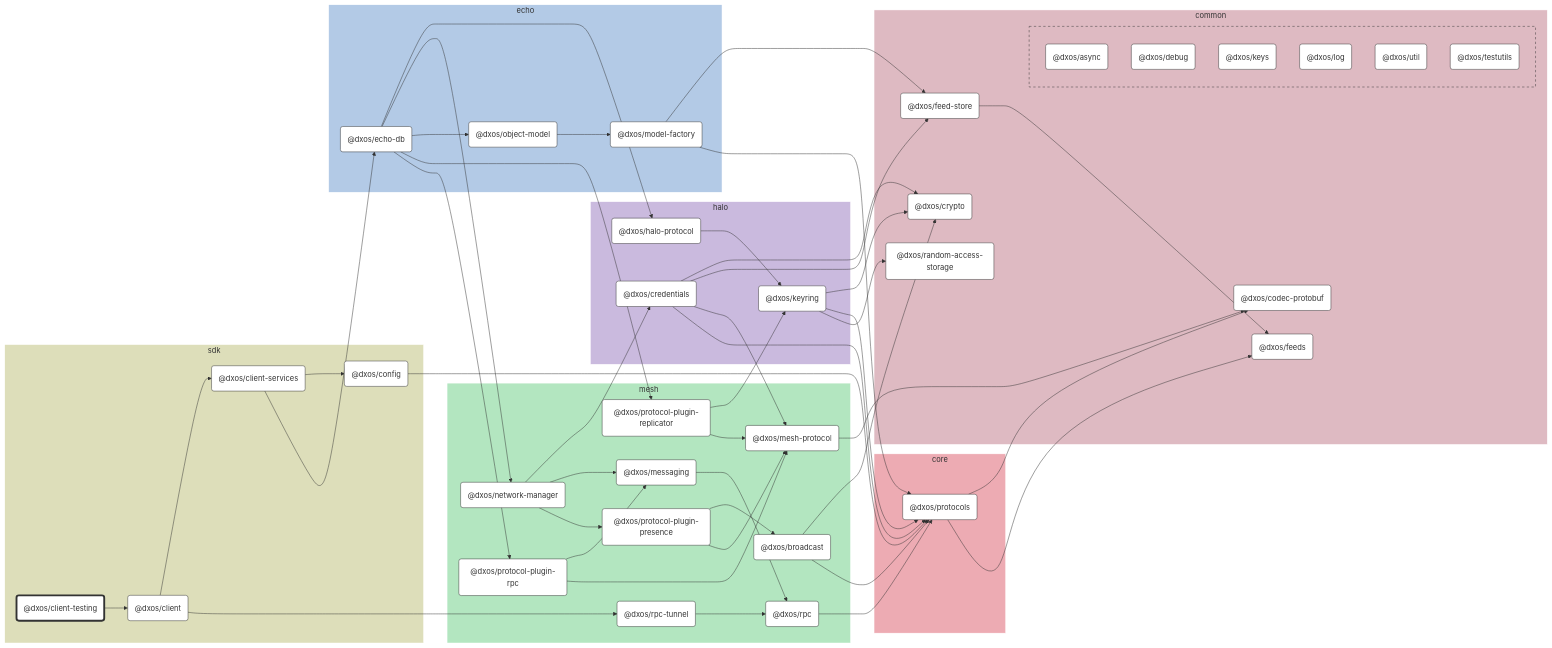
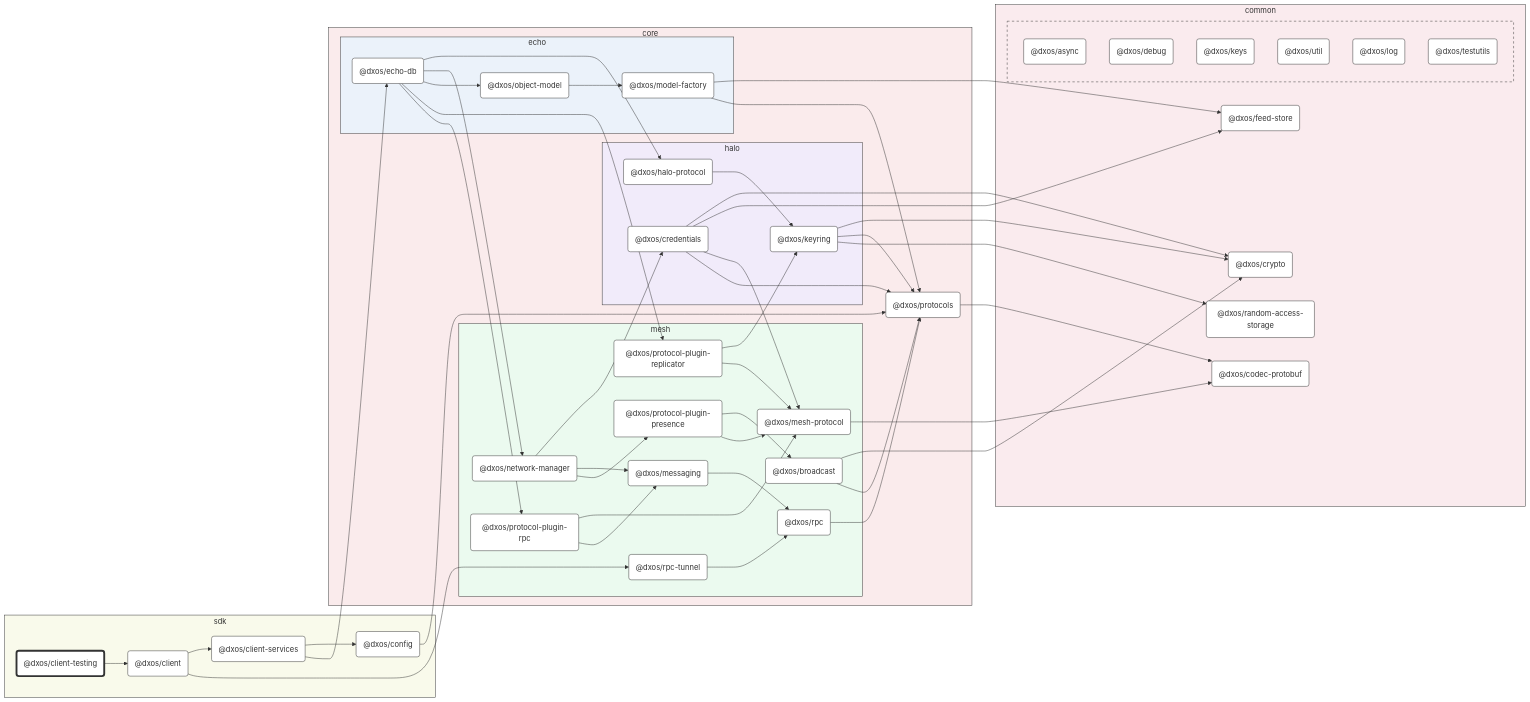
Before and after one commit to dxos/dxos: the diagram in packages/sdk/client-testing/docs/README.md, drawn with Mermaid. The commit also changed other lines of this file and 93 other files, not shown here.

First line of the commit message:
chore: hierarchical graphs. (#1583)

````diff
--- a/packages/sdk/client-testing/docs/README.md
+++ b/packages/sdk/client-testing/docs/README.md
@@ -16,7 +16,7 @@
 %% Nodes
 
 subgraph sdk [sdk]
-  style sdk fill:#dddeba,stroke:#fff
+  style sdk fill:#f9faeb,stroke:#333
   dxos/client-testing("@dxos/client-testing"):::root
   click dxos/client-testing "dxos/dxos/tree/main/packages/sdk/client-testing/docs"
   dxos/client("@dxos/client"):::def
@@ -28,97 +28,93 @@
 end
 
 subgraph common [common]
-  style common fill:#debac2,stroke:#fff
+  style common fill:#faebee,stroke:#333
   dxos/codec-protobuf("@dxos/codec-protobuf"):::def
   click dxos/codec-protobuf "dxos/dxos/tree/main/packages/common/codec-protobuf/docs"
   dxos/crypto("@dxos/crypto"):::def
   click dxos/crypto "dxos/dxos/tree/main/packages/common/crypto/docs"
   dxos/feed-store("@dxos/feed-store"):::def
   click dxos/feed-store "dxos/dxos/tree/main/packages/common/feed-store/docs"
-  dxos/feeds("@dxos/feeds"):::def
-  click dxos/feeds "dxos/dxos/tree/main/packages/common/feeds/docs"
   dxos/random-access-storage("@dxos/random-access-storage"):::def
   click dxos/random-access-storage "dxos/dxos/tree/main/packages/common/random-access-storage/docs"
 
-  subgraph common-excluded [ ]
-    style common-excluded fill:#debac2,stroke:#333,stroke-dasharray:5 5
+  subgraph _ [ ]
+    style _ fill:#faebee,stroke:#333,stroke-dasharray:5 5
     dxos/async("@dxos/async"):::def
     click dxos/async "dxos/dxos/tree/main/packages/common/async/docs"
     dxos/debug("@dxos/debug"):::def
     click dxos/debug "dxos/dxos/tree/main/packages/common/debug/docs"
     dxos/keys("@dxos/keys"):::def
     click dxos/keys "dxos/dxos/tree/main/packages/common/keys/docs"
+    dxos/util("@dxos/util"):::def
+    click dxos/util "dxos/dxos/tree/main/packages/common/util/docs"
     dxos/log("@dxos/log"):::def
     click dxos/log "dxos/dxos/tree/main/packages/common/log/docs"
-    dxos/util("@dxos/util"):::def
-    click dxos/util "dxos/dxos/tree/main/packages/common/util/docs"
     dxos/testutils("@dxos/testutils"):::def
     click dxos/testutils "dxos/dxos/tree/main/packages/common/testutils/docs"
   end
 end
 
-subgraph halo [halo]
-  style halo fill:#cabade,stroke:#fff
-  dxos/credentials("@dxos/credentials"):::def
-  click dxos/credentials "dxos/dxos/tree/main/packages/core/halo/credentials/docs"
-  dxos/halo-protocol("@dxos/halo-protocol"):::def
-  click dxos/halo-protocol "dxos/dxos/tree/main/packages/core/halo/halo-protocol/docs"
-  dxos/keyring("@dxos/keyring"):::def
-  click dxos/keyring "dxos/dxos/tree/main/packages/core/halo/keyring/docs"
-end
-
-subgraph mesh [mesh]
-  style mesh fill:#b3e6c0,stroke:#fff
-  dxos/mesh-protocol("@dxos/mesh-protocol"):::def
-  click dxos/mesh-protocol "dxos/dxos/tree/main/packages/core/mesh/mesh-protocol/docs"
-  dxos/messaging("@dxos/messaging"):::def
-  click dxos/messaging "dxos/dxos/tree/main/packages/core/mesh/messaging/docs"
-  dxos/rpc("@dxos/rpc"):::def
-  click dxos/rpc "dxos/dxos/tree/main/packages/core/mesh/rpc/docs"
-  dxos/network-manager("@dxos/network-manager"):::def
-  click dxos/network-manager "dxos/dxos/tree/main/packages/core/mesh/network-manager/docs"
-  dxos/protocol-plugin-presence("@dxos/protocol-plugin-presence"):::def
-  click dxos/protocol-plugin-presence "dxos/dxos/tree/main/packages/core/mesh/protocol-plugin-presence/docs"
-  dxos/broadcast("@dxos/broadcast"):::def
-  click dxos/broadcast "dxos/dxos/tree/main/packages/core/mesh/broadcast/docs"
-  dxos/protocol-plugin-replicator("@dxos/protocol-plugin-replicator"):::def
-  click dxos/protocol-plugin-replicator "dxos/dxos/tree/main/packages/core/mesh/protocol-plugin-replicator/docs"
-  dxos/protocol-plugin-rpc("@dxos/protocol-plugin-rpc"):::def
-  click dxos/protocol-plugin-rpc "dxos/dxos/tree/main/packages/core/mesh/protocol-plugin-rpc/docs"
-  dxos/rpc-tunnel("@dxos/rpc-tunnel"):::def
-  click dxos/rpc-tunnel "dxos/dxos/tree/main/packages/core/mesh/rpc-tunnel/docs"
-end
-
 subgraph core [core]
-  style core fill:#edabb3,stroke:#fff
+  style core fill:#faebec,stroke:#333
   dxos/protocols("@dxos/protocols"):::def
   click dxos/protocols "dxos/dxos/tree/main/packages/core/protocols/docs"
-end
 
-subgraph echo [echo]
-  style echo fill:#b3cae6,stroke:#fff
-  dxos/echo-db("@dxos/echo-db"):::def
-  click dxos/echo-db "dxos/dxos/tree/main/packages/core/echo/echo-db/docs"
-  dxos/model-factory("@dxos/model-factory"):::def
-  click dxos/model-factory "dxos/dxos/tree/main/packages/core/echo/model-factory/docs"
-  dxos/object-model("@dxos/object-model"):::def
-  click dxos/object-model "dxos/dxos/tree/main/packages/core/echo/object-model/docs"
+  subgraph halo [halo]
+    style halo fill:#f1ebfa,stroke:#333
+    dxos/credentials("@dxos/credentials"):::def
+    click dxos/credentials "dxos/dxos/tree/main/packages/core/halo/credentials/docs"
+    dxos/halo-protocol("@dxos/halo-protocol"):::def
+    click dxos/halo-protocol "dxos/dxos/tree/main/packages/core/halo/halo-protocol/docs"
+    dxos/keyring("@dxos/keyring"):::def
+    click dxos/keyring "dxos/dxos/tree/main/packages/core/halo/keyring/docs"
+  end
+
+  subgraph mesh [mesh]
+    style mesh fill:#ebfaef,stroke:#333
+    dxos/mesh-protocol("@dxos/mesh-protocol"):::def
+    click dxos/mesh-protocol "dxos/dxos/tree/main/packages/core/mesh/mesh-protocol/docs"
+    dxos/messaging("@dxos/messaging"):::def
+    click dxos/messaging "dxos/dxos/tree/main/packages/core/mesh/messaging/docs"
+    dxos/rpc("@dxos/rpc"):::def
+    click dxos/rpc "dxos/dxos/tree/main/packages/core/mesh/rpc/docs"
+    dxos/network-manager("@dxos/network-manager"):::def
+    click dxos/network-manager "dxos/dxos/tree/main/packages/core/mesh/network-manager/docs"
+    dxos/protocol-plugin-presence("@dxos/protocol-plugin-presence"):::def
+    click dxos/protocol-plugin-presence "dxos/dxos/tree/main/packages/core/mesh/protocol-plugin-presence/docs"
+    dxos/broadcast("@dxos/broadcast"):::def
+    click dxos/broadcast "dxos/dxos/tree/main/packages/core/mesh/broadcast/docs"
+    dxos/protocol-plugin-replicator("@dxos/protocol-plugin-replicator"):::def
+    click dxos/protocol-plugin-replicator "dxos/dxos/tree/main/packages/core/mesh/protocol-plugin-replicator/docs"
+    dxos/protocol-plugin-rpc("@dxos/protocol-plugin-rpc"):::def
+    click dxos/protocol-plugin-rpc "dxos/dxos/tree/main/packages/core/mesh/protocol-plugin-rpc/docs"
+    dxos/rpc-tunnel("@dxos/rpc-tunnel"):::def
+    click dxos/rpc-tunnel "dxos/dxos/tree/main/packages/core/mesh/rpc-tunnel/docs"
+  end
+
+  subgraph echo [echo]
+    style echo fill:#ebf2fa,stroke:#333
+    dxos/echo-db("@dxos/echo-db"):::def
+    click dxos/echo-db "dxos/dxos/tree/main/packages/core/echo/echo-db/docs"
+    dxos/model-factory("@dxos/model-factory"):::def
+    click dxos/model-factory "dxos/dxos/tree/main/packages/core/echo/model-factory/docs"
+    dxos/object-model("@dxos/object-model"):::def
+    click dxos/object-model "dxos/dxos/tree/main/packages/core/echo/object-model/docs"
+  end
 end
 
 %% Links
 linkStyle default stroke:#333,stroke-width:1px
 dxos/client-testing --> dxos/client
 dxos/client --> dxos/client-services
+dxos/client-services --> dxos/config
+dxos/config --> dxos/protocols
+dxos/protocols --> dxos/codec-protobuf
 dxos/credentials --> dxos/crypto
 dxos/credentials --> dxos/feed-store
-dxos/feed-store --> dxos/feeds
 dxos/credentials --> dxos/mesh-protocol
 dxos/mesh-protocol --> dxos/codec-protobuf
 dxos/credentials --> dxos/protocols
-dxos/protocols --> dxos/codec-protobuf
-dxos/protocols --> dxos/feeds
-dxos/client-services --> dxos/config
-dxos/config --> dxos/protocols
 dxos/client-services --> dxos/echo-db
 dxos/echo-db --> dxos/halo-protocol
 dxos/halo-protocol --> dxos/keyring
@@ -143,8 +139,8 @@
 dxos/protocol-plugin-replicator --> dxos/keyring
 dxos/protocol-plugin-replicator --> dxos/mesh-protocol
 dxos/echo-db --> dxos/protocol-plugin-rpc
+dxos/protocol-plugin-rpc --> dxos/mesh-protocol
 dxos/protocol-plugin-rpc --> dxos/messaging
-dxos/protocol-plugin-rpc --> dxos/mesh-protocol
 dxos/client --> dxos/rpc-tunnel
 dxos/rpc-tunnel --> dxos/rpc
 ```
````
